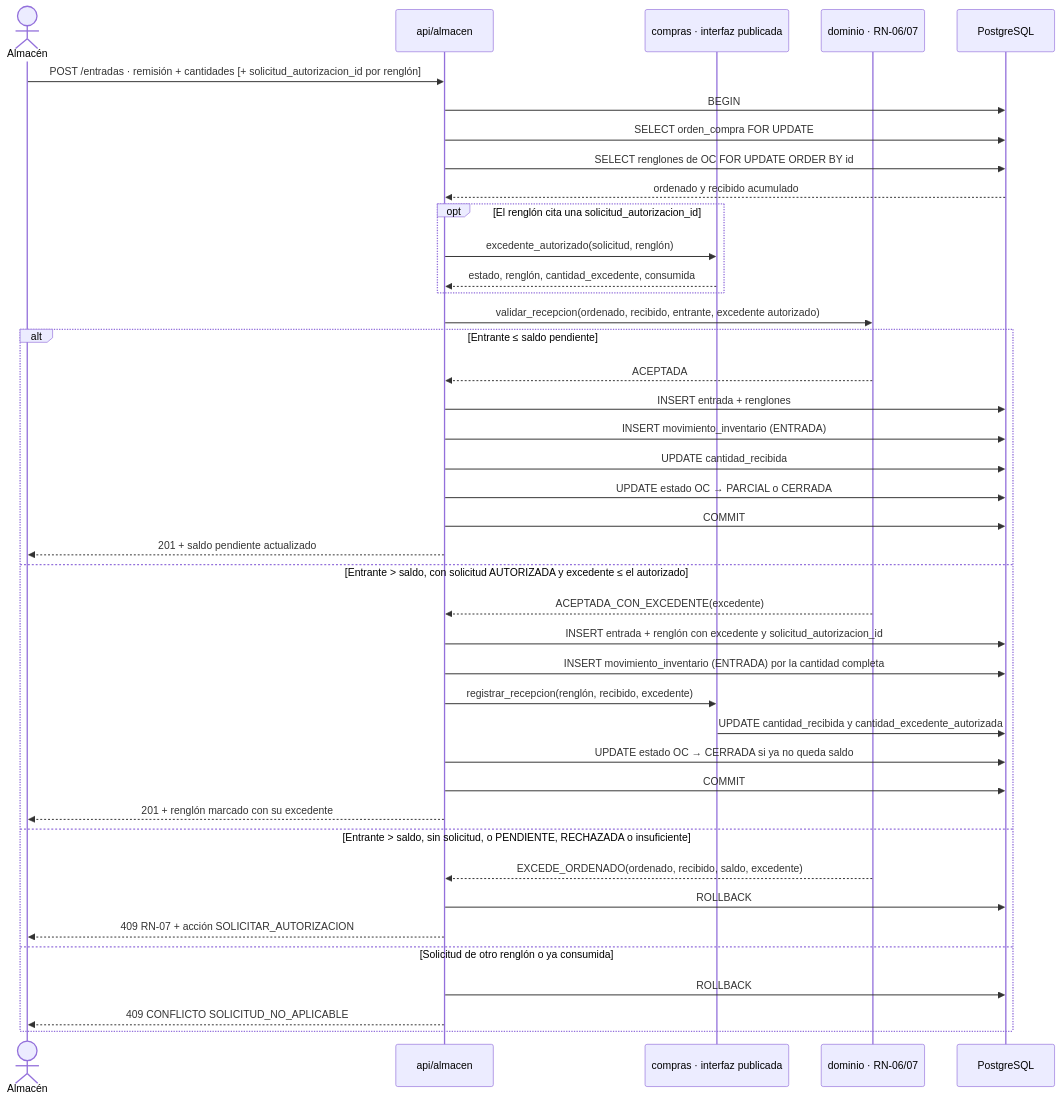
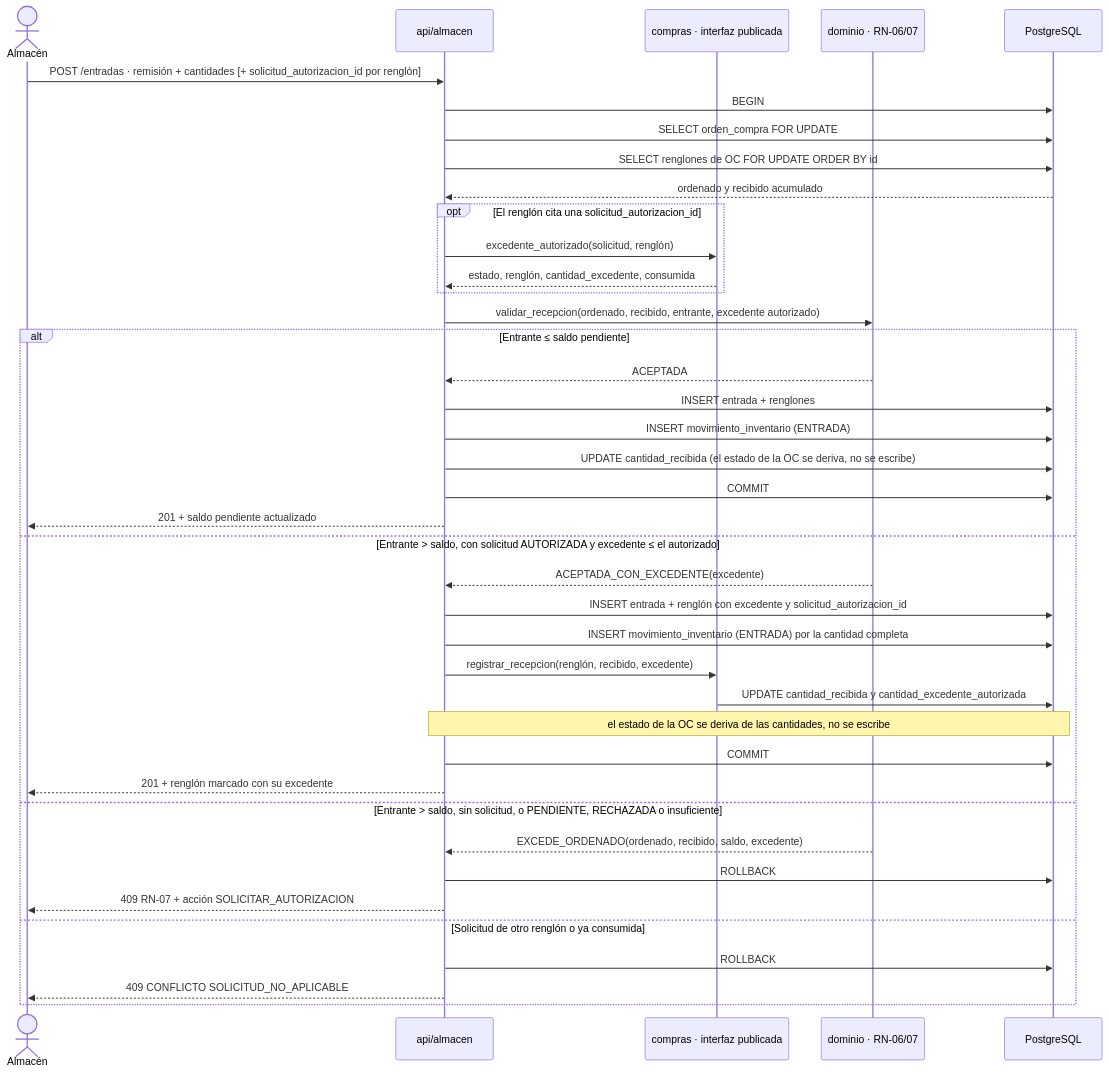
Before and after one commit to FranciscoRodSilva/IA4Devs-Proyecto-Final: the fifth of 7 diagrams in docs/02-arquitectura.md, drawn with Mermaid. The commit also changed 36 other files, not shown here.

````diff
--- a/docs/02-arquitectura.md
+++ b/docs/02-arquitectura.md
@@ -469,45 +469,44 @@
 ```mermaid
 sequenceDiagram
     actor U as Almacén
     participant API as api/almacen
     participant CMP as compras · interfaz publicada
     participant DOM as dominio · RN-06/07
     participant DB as PostgreSQL
 
     U->>API: POST /entradas · remisión + cantidades [+ solicitud_autorizacion_id por renglón]
     API->>DB: BEGIN
     API->>DB: SELECT orden_compra FOR UPDATE
     API->>DB: SELECT renglones de OC FOR UPDATE ORDER BY id
     DB-->>API: ordenado y recibido acumulado
     opt El renglón cita una solicitud_autorizacion_id
         API->>CMP: excedente_autorizado(solicitud, renglón)
         CMP-->>API: estado, renglón, cantidad_excedente, consumida
     end
     API->>DOM: validar_recepcion(ordenado, recibido, entrante, excedente autorizado)
 
     alt Entrante ≤ saldo pendiente
         DOM-->>API: ACEPTADA
         API->>DB: INSERT entrada + renglones
         API->>DB: INSERT movimiento_inventario (ENTRADA)
-        API->>DB: UPDATE cantidad_recibida
-        API->>DB: UPDATE estado OC → PARCIAL o CERRADA
+        API->>DB: UPDATE cantidad_recibida (el estado de la OC se deriva, no se escribe)
         API->>DB: COMMIT
         API-->>U: 201 + saldo pendiente actualizado
     else Entrante > saldo, con solicitud AUTORIZADA y excedente ≤ el autorizado
         DOM-->>API: ACEPTADA_CON_EXCEDENTE(excedente)
         API->>DB: INSERT entrada + renglón con excedente y solicitud_autorizacion_id
         API->>DB: INSERT movimiento_inventario (ENTRADA) por la cantidad completa
         API->>CMP: registrar_recepcion(renglón, recibido, excedente)
         CMP->>DB: UPDATE cantidad_recibida y cantidad_excedente_autorizada
-        API->>DB: UPDATE estado OC → CERRADA si ya no queda saldo
+        Note over API,DB: el estado de la OC se deriva de las cantidades, no se escribe
         API->>DB: COMMIT
         API-->>U: 201 + renglón marcado con su excedente
     else Entrante > saldo, sin solicitud, o PENDIENTE, RECHAZADA o insuficiente
         DOM-->>API: EXCEDE_ORDENADO(ordenado, recibido, saldo, excedente)
         API->>DB: ROLLBACK
         API-->>U: 409 RN-07 + acción SOLICITAR_AUTORIZACION
     else Solicitud de otro renglón o ya consumida
         API->>DB: ROLLBACK
         API-->>U: 409 CONFLICTO SOLICITUD_NO_APLICABLE
     end
 ```
````
